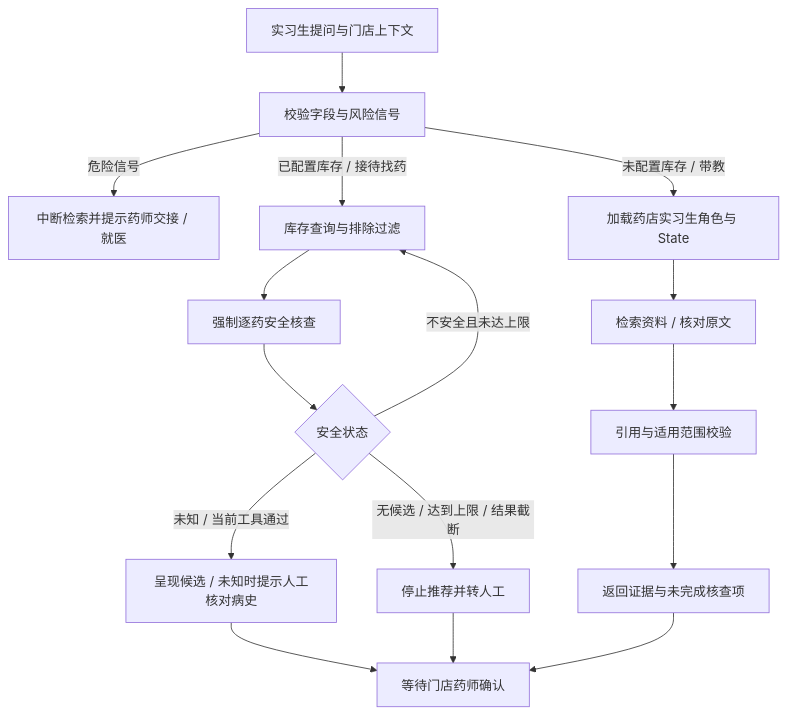
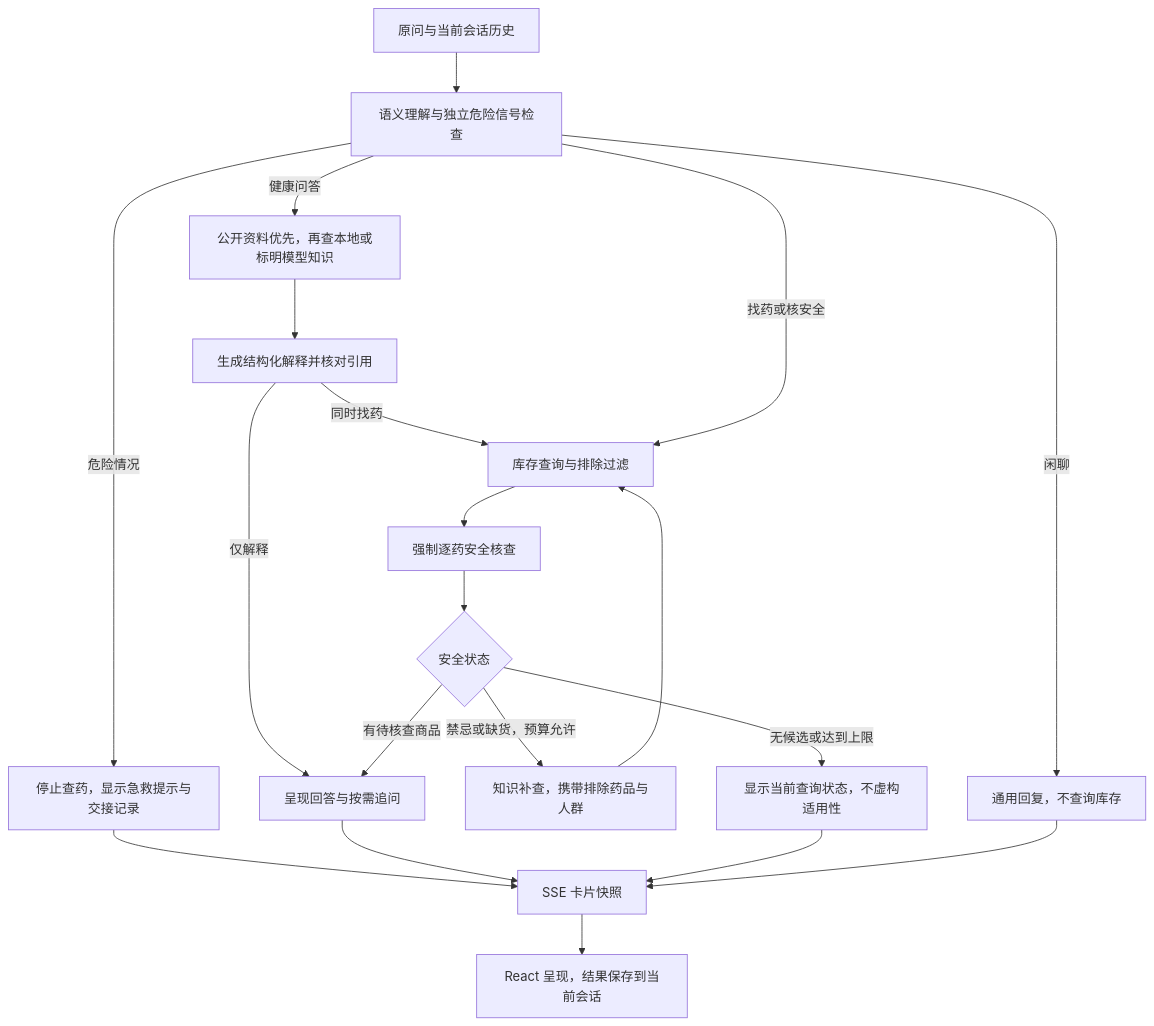
The diagram in docs/pharmacy-copilot.md (Dengzi555/meditouch-agent), drawn with Mermaid before and after one commit. The commit also changed other lines of this file and 117 other files, not shown here.

````diff
--- a/docs/pharmacy-copilot.md
+++ b/docs/pharmacy-copilot.md
@@ -37,18 +37,22 @@
 ```mermaid
 flowchart TD
-    A[实习生提问与门店上下文] --> B[校验字段与风险信号]
-    B -->|危险信号| C[中断检索并提示药师交接 / 就医]
-    B -->|已配置库存 / 接待找药| I[库存查询与排除过滤]
+    A[原问与当前会话历史] --> B[语义理解与独立危险信号检查]
+    B -->|危险情况| C[停止查药，显示急救提示与交接记录]
+    B -->|健康问答| D[公开资料优先，再查本地或标明模型知识]
+    D --> E[生成结构化解释并核对引用]
+    E -->|同时找药| I
+    E -->|仅解释| R[呈现回答与按需追问]
+    B -->|找药或核安全| I[库存查询与排除过滤]
     I --> S[强制逐药安全核查]
     S --> T{安全状态}
-    T -->|不安全且未达上限| I
-    T -->|未知 / 当前工具通过| R[呈现候选 / 未知时提示人工核对病史]
-    T -->|无候选 / 达到上限 / 结果截断| X[停止推荐并转人工]
-    R --> H[等待门店药师确认]
+    T -->|禁忌或缺货，预算允许| G[知识补查，携带排除药品与人群]
+    G --> I
+    T -->|有待核查商品| R
+    T -->|无候选或达到上限| X[显示当前查询状态，不虚构适用性]
+    B -->|闲聊| V[通用回复，不查询库存]
+    C --> H[SSE 卡片快照]
+    R --> H
     X --> H
-    B -->|未配置库存 / 带教| D[加载药店实习生角色与 State]
-    D --> E[检索资料 / 核对原文]
-    E --> F[引用与适用范围校验]
-    F --> G[返回证据与未完成核查项]
-    G --> H
+    V --> H
+    H --> F[React 呈现，结果保存到当前会话]
 ```
````
